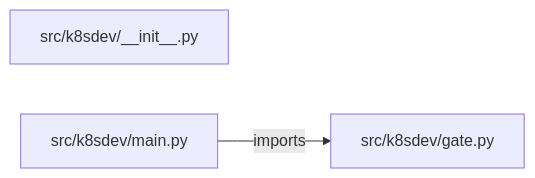
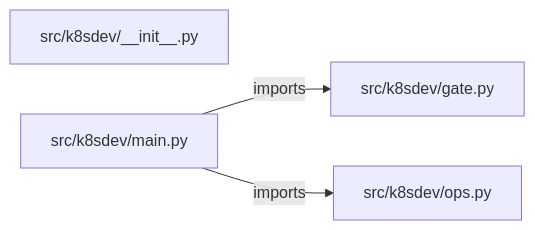
Before and after one commit to iarsingh/kubernetes-developer-portal: the diagram in PROJECT_ARCHITECTURE.md, drawn with Mermaid. The commit also changed other lines of this file and 2 other files, not shown here.

Commit message:
Refresh architecture and interview guides from current implementation

````diff
--- a/PROJECT_ARCHITECTURE.md
+++ b/PROJECT_ARCHITECTURE.md
@@ -13,7 +13,9 @@
 ```mermaid
 flowchart LR
     M0["src/k8sdev/__init__.py"]
     M1["src/k8sdev/gate.py"]
     M2["src/k8sdev/main.py"]
+    M3["src/k8sdev/ops.py"]
     M2 -->|imports| M1
+    M2 -->|imports| M3
 ```
````
